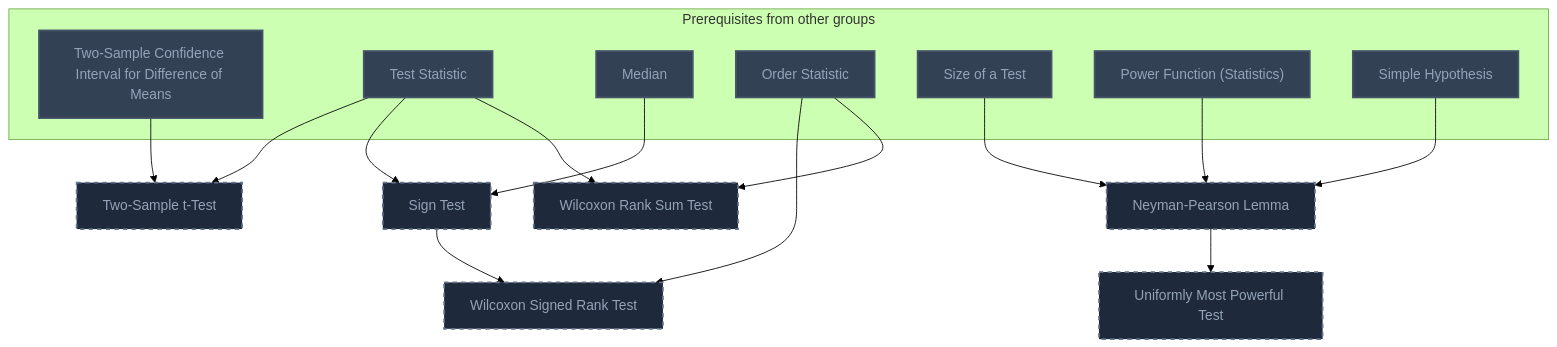
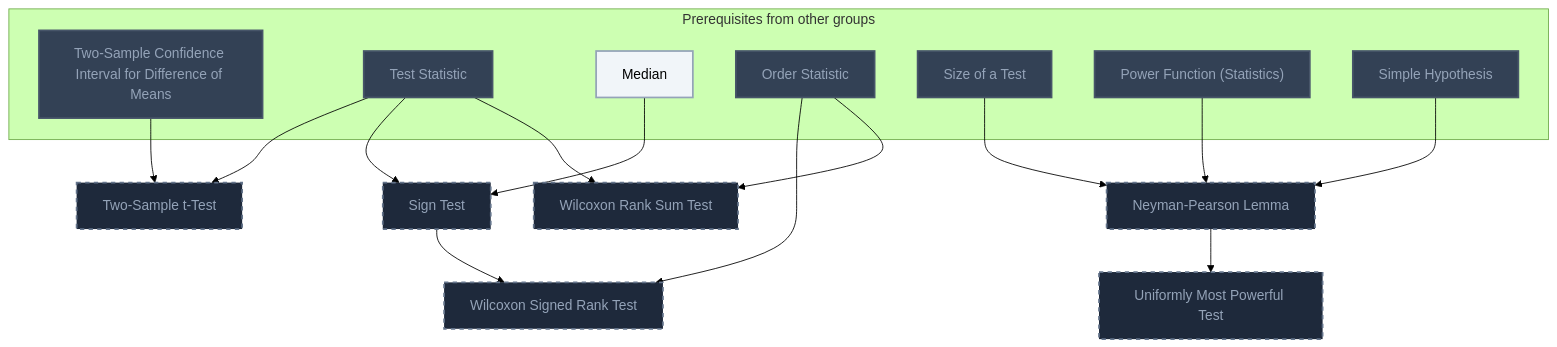
Before and after one commit to MRauf1/My-Notes: diagram 15 of 17 in Gamification/Skill Trees/Mathematical Statistics.md, drawn with Mermaid (forest theme). The commit also changed other lines of this file and 156 other files, not shown here.

````diff
--- a/Gamification/Skill Trees/Mathematical Statistics.md
+++ b/Gamification/Skill Trees/Mathematical Statistics.md
@@ -1142,42 +1147,43 @@
 ```mermaid
 flowchart TD
     classDef planned fill:#1E293B,stroke:#64748B,stroke-width:2px,stroke-dasharray:5 5,color:#94A3B8;
     classDef locked fill:#334155,stroke:#475569,stroke-width:2px,color:#94A3B8;
     classDef L0 fill:#F1F5F9,stroke:#94A3B8,stroke-width:2px,color:#000000;
     classDef L1 fill:#22C55E,stroke:#15803D,stroke-width:2px,color:#000000;
     classDef L2 fill:#3B82F6,stroke:#1D4ED8,stroke-width:3px,color:#FFFFFF;
     classDef L3 fill:#A855F7,stroke:#6B21A8,stroke-width:3px,color:#FFFFFF,font-weight:bold;
     classDef L4 fill:#F97316,stroke:#C2410C,stroke-width:4px,color:#000000,font-weight:bold;
     classDef L5 fill:#FFD700,stroke:#FF8C00,stroke-width:5px,color:#000000,font-weight:bold;
     classDef rusty stroke:#8B4513,stroke-width:4px,stroke-dasharray:3 3;
     subgraph sg_prereqs["Prerequisites from other groups"]
         n_two_sample_confidence_interval_for_difference_of_means["Two-Sample Confidence Interval for Difference of Means"]
         n_test_statistic["Test Statistic"]
         n_median["Median"]
         n_order_statistic["Order Statistic"]
         n_size_of_a_test["Size of a Test"]
         n_power_function_statistics["Power Function (Statistics)"]
         n_simple_hypothesis["Simple Hypothesis"]
     end
     n_two_sample_t_test["Two-Sample t-Test"]
     n_sign_test["Sign Test"]
     n_wilcoxon_signed_rank_test["Wilcoxon Signed Rank Test"]
     n_wilcoxon_rank_sum_test["Wilcoxon Rank Sum Test"]
     n_neyman_pearson_lemma["Neyman-Pearson Lemma"]
     n_uniformly_most_powerful_test["Uniformly Most Powerful Test"]
     n_two_sample_confidence_interval_for_difference_of_means --> n_two_sample_t_test
     n_test_statistic --> n_two_sample_t_test
     n_median --> n_sign_test
     n_test_statistic --> n_sign_test
     n_order_statistic --> n_wilcoxon_signed_rank_test
     n_sign_test --> n_wilcoxon_signed_rank_test
     n_order_statistic --> n_wilcoxon_rank_sum_test
     n_test_statistic --> n_wilcoxon_rank_sum_test
     n_size_of_a_test --> n_neyman_pearson_lemma
     n_power_function_statistics --> n_neyman_pearson_lemma
     n_simple_hypothesis --> n_neyman_pearson_lemma
     n_neyman_pearson_lemma --> n_uniformly_most_powerful_test
     class n_two_sample_t_test,n_sign_test,n_wilcoxon_signed_rank_test,n_wilcoxon_rank_sum_test,n_neyman_pearson_lemma,n_uniformly_most_powerful_test planned;
-    class n_two_sample_confidence_interval_for_difference_of_means,n_test_statistic,n_median,n_order_statistic,n_size_of_a_test,n_power_function_statistics,n_simple_hypothesis locked;
+    class n_two_sample_confidence_interval_for_difference_of_means,n_test_statistic,n_order_statistic,n_size_of_a_test,n_power_function_statistics,n_simple_hypothesis locked;
+    class n_median L0;
     class n_two_sample_confidence_interval_for_difference_of_means,n_test_statistic,n_median,n_order_statistic,n_size_of_a_test,n_power_function_statistics,n_simple_hypothesis internal-link;
 ```
````
